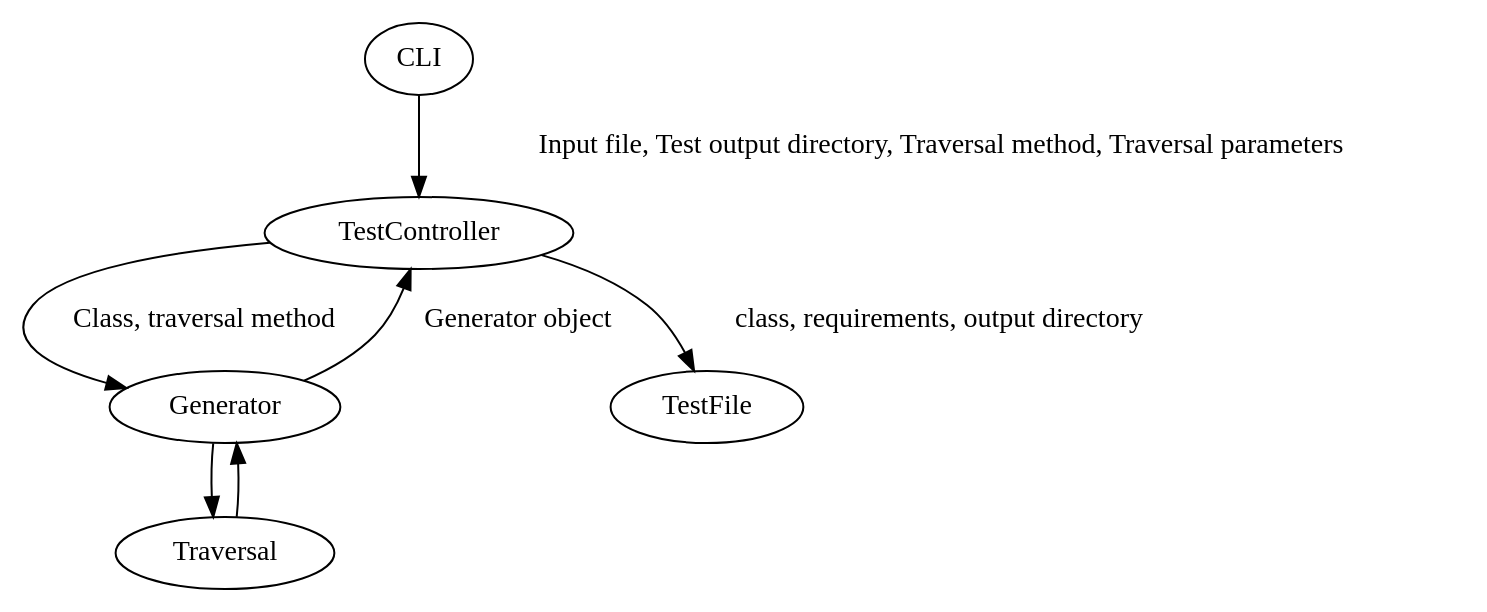
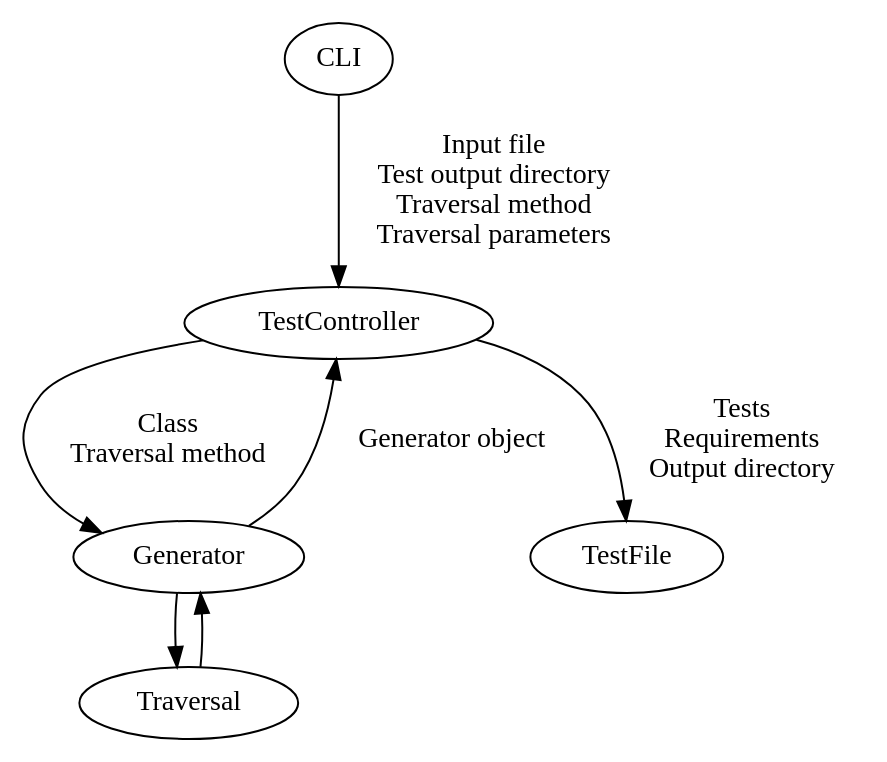
Before and after one commit to IgnoredAmbience/splats: the diagram in docs/images/splatsflow.gv, drawn with Graphviz.

Commit message:
Control flow captions now with newlines

```diff
--- a/docs/images/splatsflow.gv
+++ b/docs/images/splatsflow.gv
@@ -1,10 +1,10 @@
 digraph {
 
-	"CLI"->"TestController" [label="Input file, Test output directory, Traversal method, Traversal parameters"]l=""
-	"TestController" -> "Generator"  [label="Class, traversal method"]
+	"CLI"->"TestController" [label="Input file\nTest output directory\nTraversal method\nTraversal parameters"]l=""
+	"TestController" -> "Generator"  [label="Class\nTraversal method"]
 	"Generator" -> "Traversal"
 	"Traversal" -> "Generator"
 	"Generator" -> "TestController" [label="Generator object"]
-	"TestController" -> "TestFile" [label="class, requirements, output directory"]
+	"TestController" -> "TestFile" [label="Tests\nRequirements\nOutput directory"]
 
 }
```
